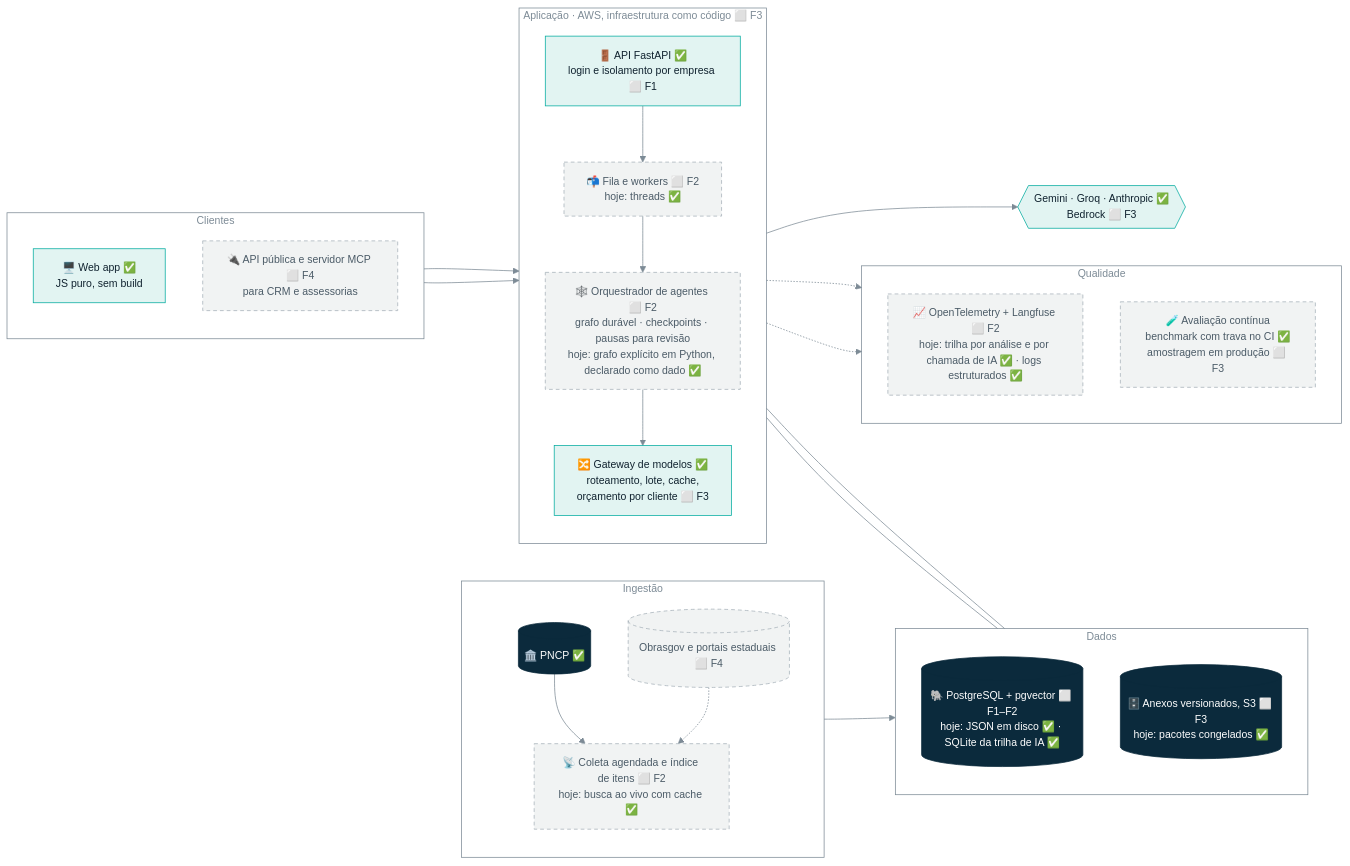
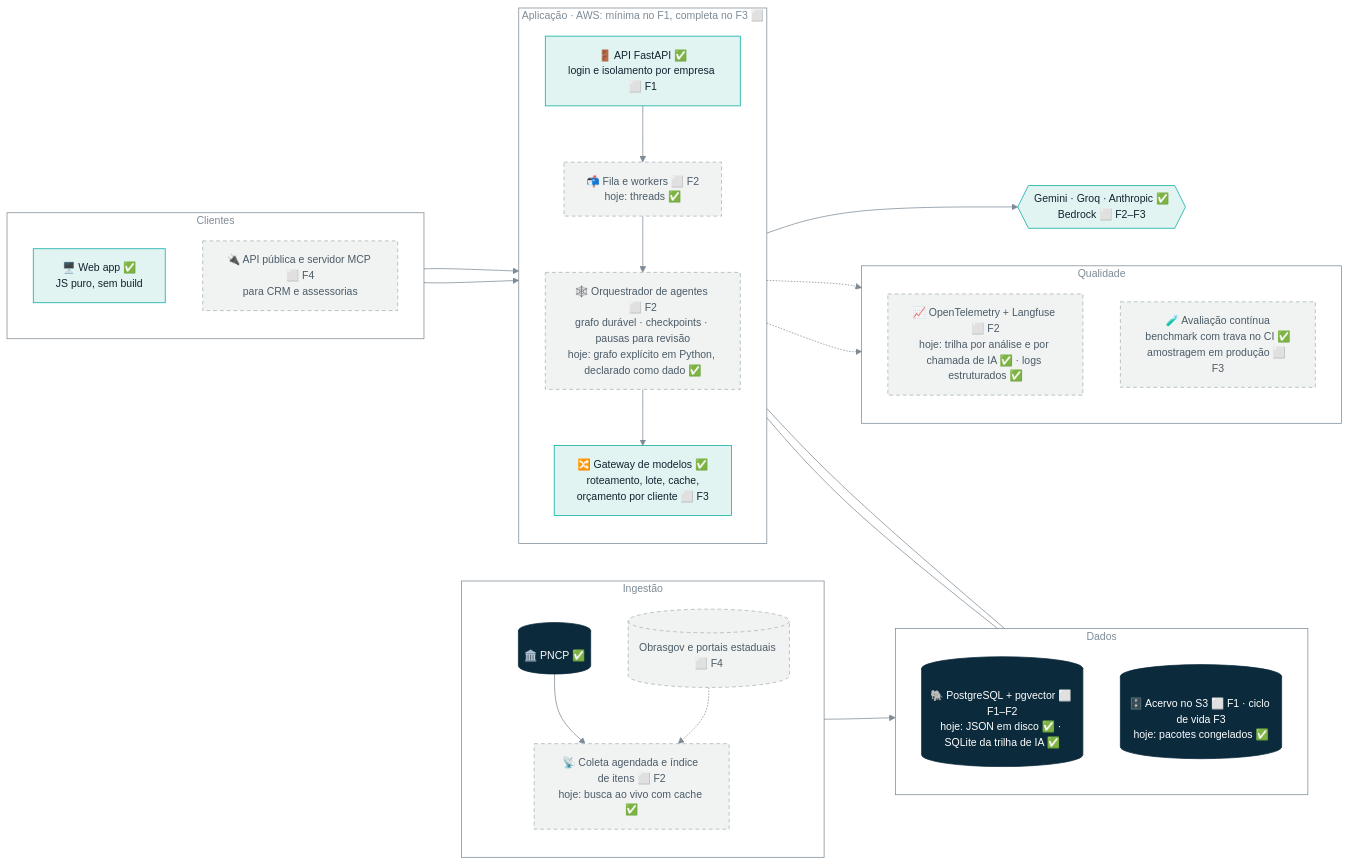
The fourth of 5 diagrams in README.md (Omniamind-org/obranexo), drawn with Mermaid before and after one commit. The commit also changed other lines of this file and 14 other files, not shown here.

````diff
--- a/README.md
+++ b/README.md
@@ -415,45 +418,45 @@
 ```mermaid
 %%{init: {'theme':'base','themeVariables':{'primaryColor':'#e2f4f2','primaryTextColor':'#10222f','primaryBorderColor':'#00ab9f','lineColor':'#7d8b96','edgeLabelBackground':'#f1f3f3','fontSize':'14px','clusterBkg':'transparent','clusterBorder':'#7d8b96','titleColor':'#7d8b96'}}}%%
 flowchart LR
   subgraph CLI[" Clientes "]
     direction TB
     W[🖥️ Web app ✅<br/>JS puro, sem build]:::inf
     API2[🔌 API pública e servidor MCP ⬜ F4<br/>para CRM e assessorias]:::plan
   end
-  subgraph APP[" Aplicação · AWS, infraestrutura como código ⬜ F3 "]
+  subgraph APP[" Aplicação · AWS: mínima no F1, completa no F3 ⬜ "]
     direction TB
     G[🚪 API FastAPI ✅<br/>login e isolamento por empresa ⬜ F1]:::inf
     Q[📬 Fila e workers ⬜ F2<br/>hoje: threads ✅]:::plan
     OR[🕸️ Orquestrador de agentes ⬜ F2<br/>grafo durável · checkpoints · pausas para revisão<br/>hoje: grafo explícito em Python, declarado como dado ✅]:::plan
     GW[🔀 Gateway de modelos ✅<br/>roteamento, lote, cache,<br/>orçamento por cliente ⬜ F3]:::inf
   end
   subgraph DAT[" Dados "]
     direction TB
     PG[(🐘 PostgreSQL + pgvector ⬜ F1–F2<br/>hoje: JSON em disco ✅ · SQLite da trilha de IA ✅)]:::mem
-    S3[(🗄️ Anexos versionados, S3 ⬜ F3<br/>hoje: pacotes congelados ✅)]:::mem
+    S3[(🗄️ Acervo no S3 ⬜ F1 · ciclo de vida F3<br/>hoje: pacotes congelados ✅)]:::mem
   end
   subgraph ING[" Ingestão "]
     direction TB
     PN[(🏛️ PNCP ✅)]:::mem
     IG[📡 Coleta agendada e índice de itens ⬜ F2<br/>hoje: busca ao vivo com cache ✅]:::plan
     OUT[(Obrasgov e portais estaduais ⬜ F4)]:::plan
   end
   subgraph OBS[" Qualidade "]
     direction TB
     OT[📈 OpenTelemetry + Langfuse ⬜ F2<br/>hoje: trilha por análise e por chamada de IA ✅ · logs estruturados ✅]:::plan
     EV[🧪 Avaliação contínua<br/>benchmark com trava no CI ✅<br/>amostragem em produção ⬜ F3]:::plan
   end
-  LLM{{Gemini · Groq · Anthropic ✅<br/>Bedrock ⬜ F3}}:::inf
+  LLM{{Gemini · Groq · Anthropic ✅<br/>Bedrock ⬜ F2–F3}}:::inf
   W --> G
   API2 --> G
   G --> Q --> OR --> GW --> LLM
   OR --- PG
   OR --- S3
   PN --> IG --> PG
   OUT -.-> IG
   OR -.-> OT
   OR -.-> EV
   classDef plan fill:#f1f3f3,stroke:#a5b0b8,color:#4b5b67,stroke-dasharray:5 4
   classDef mem fill:#0b2a3c,stroke:#0b2a3c,color:#ffffff
   classDef inf fill:#e2f4f2,stroke:#00ab9f,color:#10222f
 ```
````
